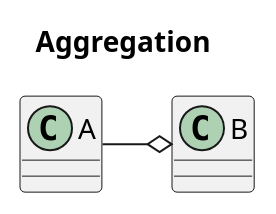
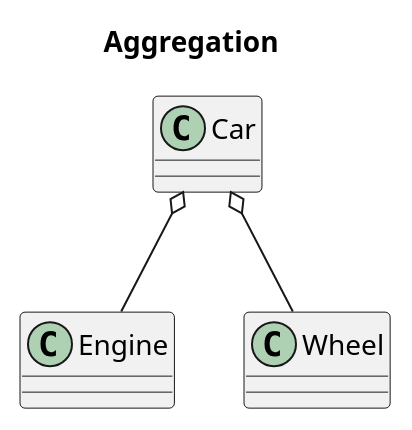
The fifth of 6 diagrams in cs/softwareEngineering/uml/class.puml (okhj159/OKLEETechOrganizer), drawn with PlantUML before and after one commit. The commit also changed other lines of this file and 5 other files, not shown here.

Commit message:
[docs] class diagram 작성

```diff
--- a/cs/softwareEngineering/uml/class.puml
+++ b/cs/softwareEngineering/uml/class.puml
@@ -69,15 +88,19 @@
 @startuml
 
 title Aggregation
 
 '라이프타임 독립적.
 
-class A {
+class Car {
 }
 
-class B {
+class Engine {
 }
 
-A -right-o B
+class Wheel {
+}
+
+Car o-- Engine
+Car o-- Wheel
 
 @enduml
```
